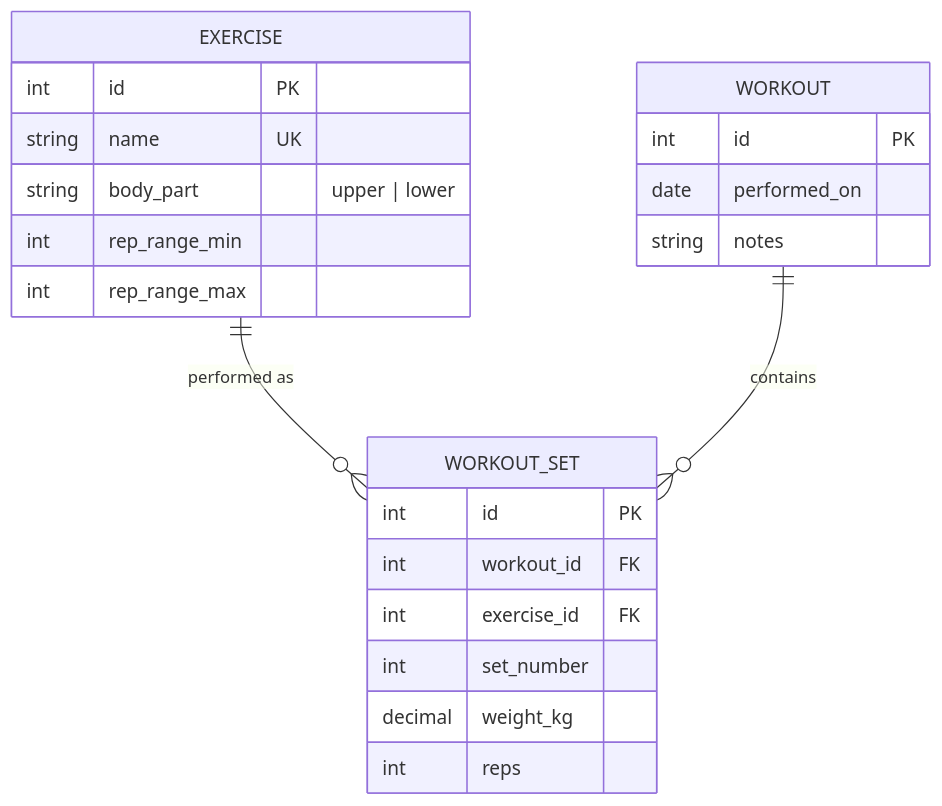
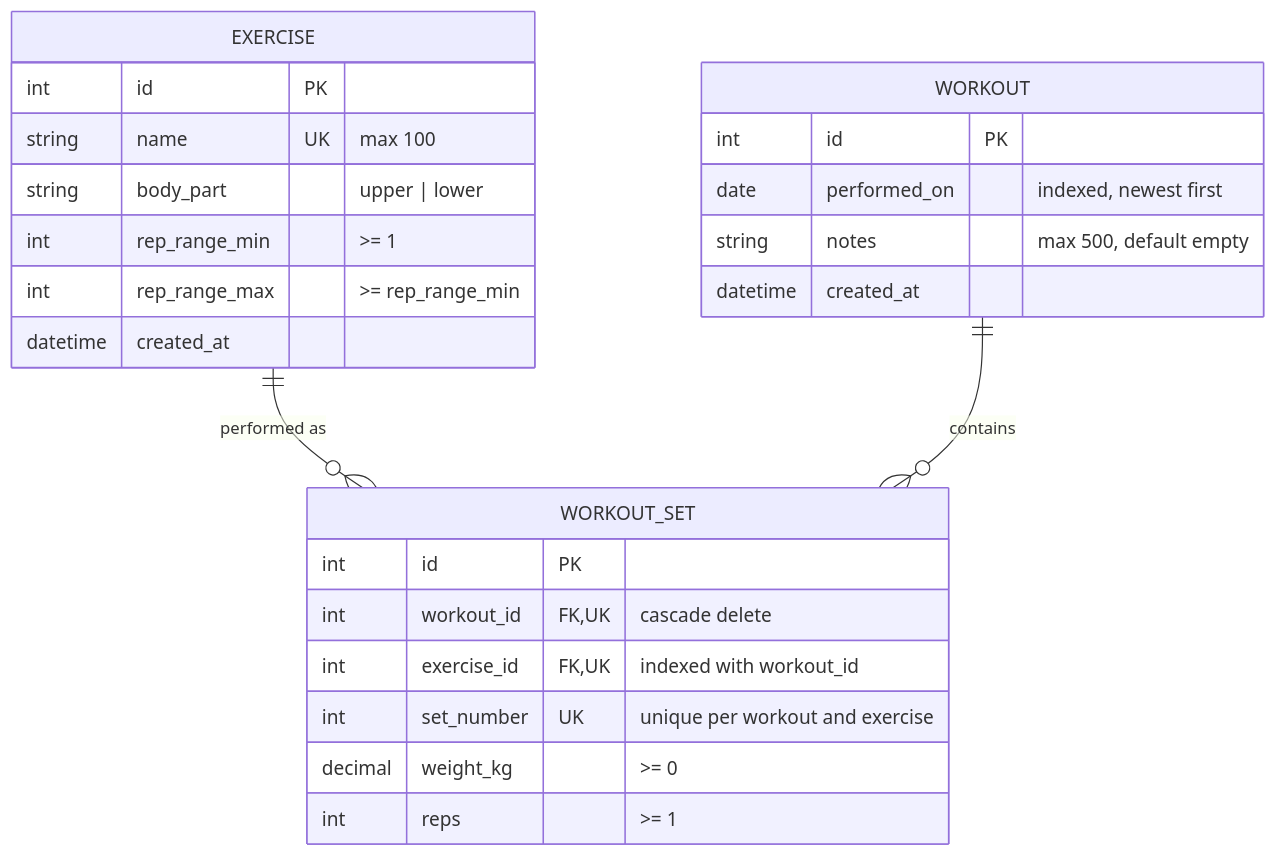
Before and after one commit to Liftitnium/devops-group-project: the first of 2 diagrams in docs/data-model.md, drawn with Mermaid. The commit also changed 1 other file, not shown here.

Commit message:
docs: Update data model to clarify constraints and indexing for workouts and exercises

````diff
--- a/docs/data-model.md
+++ b/docs/data-model.md
@@ -9,25 +9,27 @@
 ```mermaid
 erDiagram
     EXERCISE ||--o{ WORKOUT_SET : "performed as"
     WORKOUT  ||--o{ WORKOUT_SET : contains
     EXERCISE {
         int id PK
-        string name UK
+        string name UK "max 100"
         string body_part "upper | lower"
-        int rep_range_min
-        int rep_range_max
+        int rep_range_min ">= 1"
+        int rep_range_max ">= rep_range_min"
+        datetime created_at
     }
     WORKOUT {
         int id PK
-        date performed_on
-        string notes
+        date performed_on "indexed, newest first"
+        string notes "max 500, default empty"
+        datetime created_at
     }
     WORKOUT_SET {
         int id PK
-        int workout_id FK
-        int exercise_id FK
-        int set_number
-        decimal weight_kg
-        int reps
+        int workout_id FK, UK "cascade delete"
+        int exercise_id FK, UK "indexed with workout_id"
+        int set_number UK "unique per workout and exercise"
+        decimal weight_kg ">= 0"
+        int reps ">= 1"
     }
 ```
````
